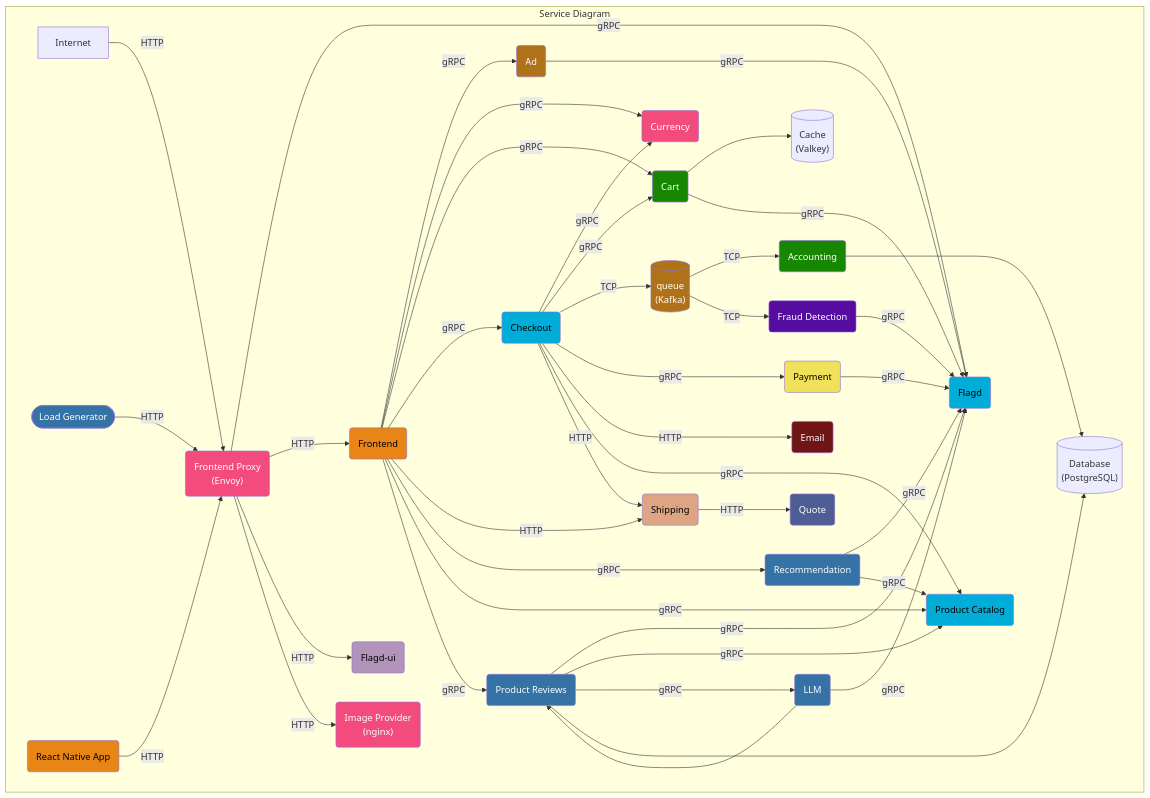
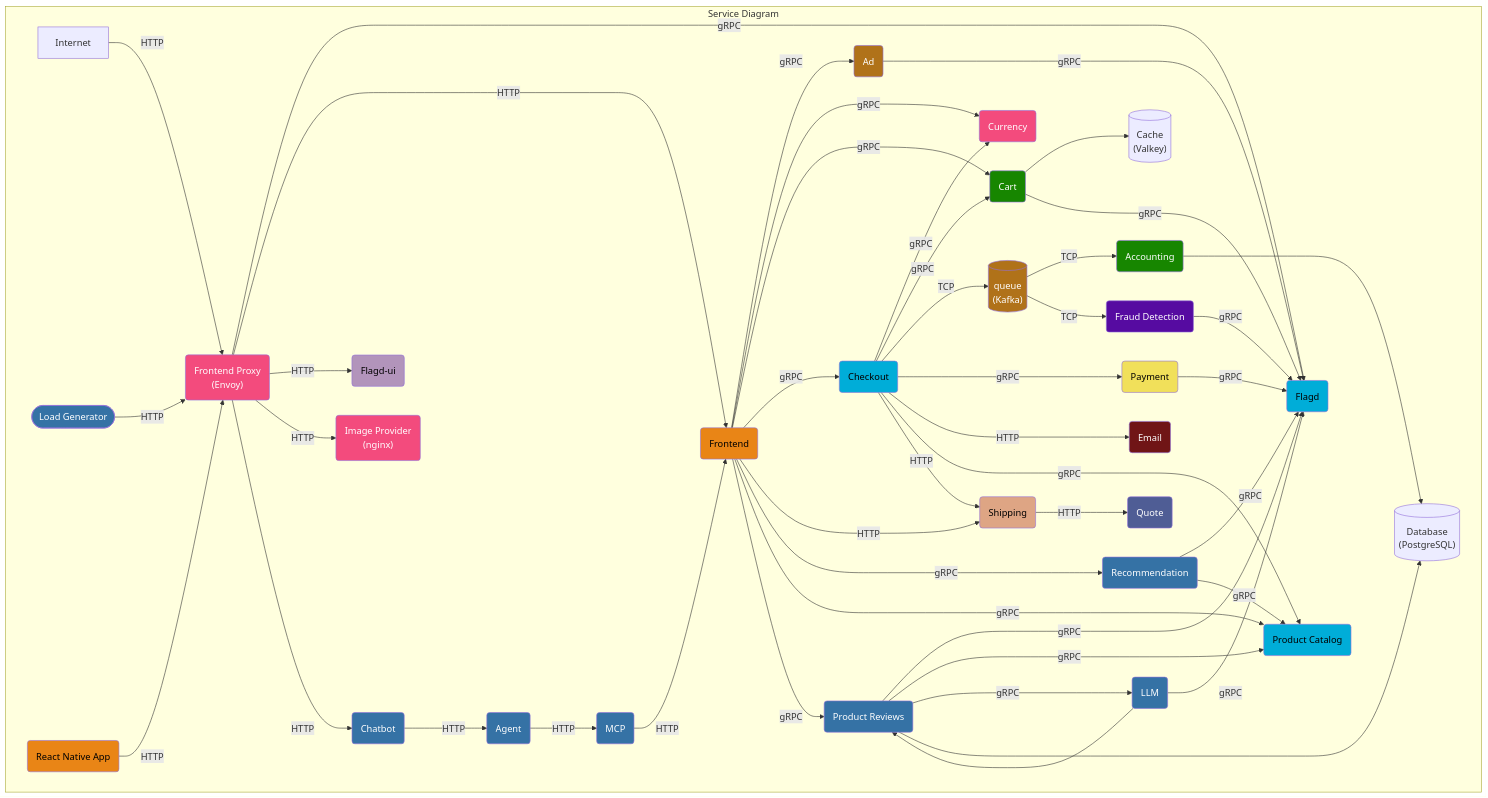
One commit to open-telemetry/opentelemetry.io changed the first of 3 diagrams in content/en/docs/demo/architecture.md. Above: the diagram before and after it, drawn with Mermaid. The commit also changed 7 other files, not shown here.

First line of the commit message:
[demo] Add docs for agent, chatbot, mcp, opamp-server, and telemetry-docs

```diff
--- a/content/en/docs/demo/architecture.md
+++ b/content/en/docs/demo/architecture.md
@@ -14,8 +14,10 @@
 subgraph Service Diagram
 accounting(Accounting):::dotnet
 ad(Ad):::java
+agent(Agent):::python
 cache[(Cache<br/>&#40Valkey&#41)]
 cart(Cart):::dotnet
+chatbot(Chatbot):::python
 checkout(Checkout):::golang
 currency(Currency):::cpp
 email(Email):::ruby
@@ -27,6 +29,7 @@
 image-provider(Image Provider <br/>&#40nginx&#41):::cpp
 llm(LLM):::python
 load-generator([Load Generator]):::python
+mcp(MCP):::python
 payment(Payment):::javascript
 product-catalog(Product Catalog):::golang
 product-reviews(Product Reviews):::python
@@ -68,6 +71,11 @@
 frontend-proxy -->|HTTP| frontend
 frontend-proxy -->|HTTP| flagd-ui
 frontend-proxy -->|HTTP| image-provider
+frontend-proxy -->|HTTP| chatbot
+
+chatbot -->|HTTP| agent
+agent -->|HTTP| mcp
+mcp -->|HTTP| frontend
 
 llm -->|gRPC| flagd
 llm ---> product-reviews
```
